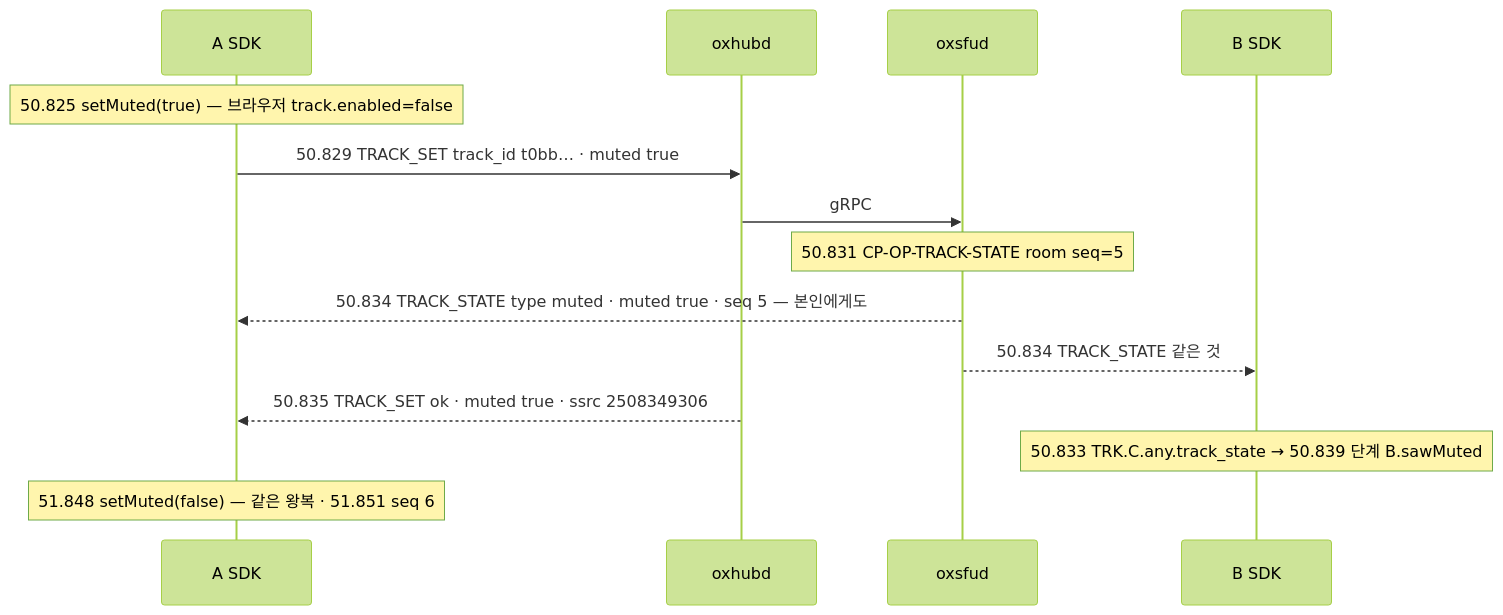
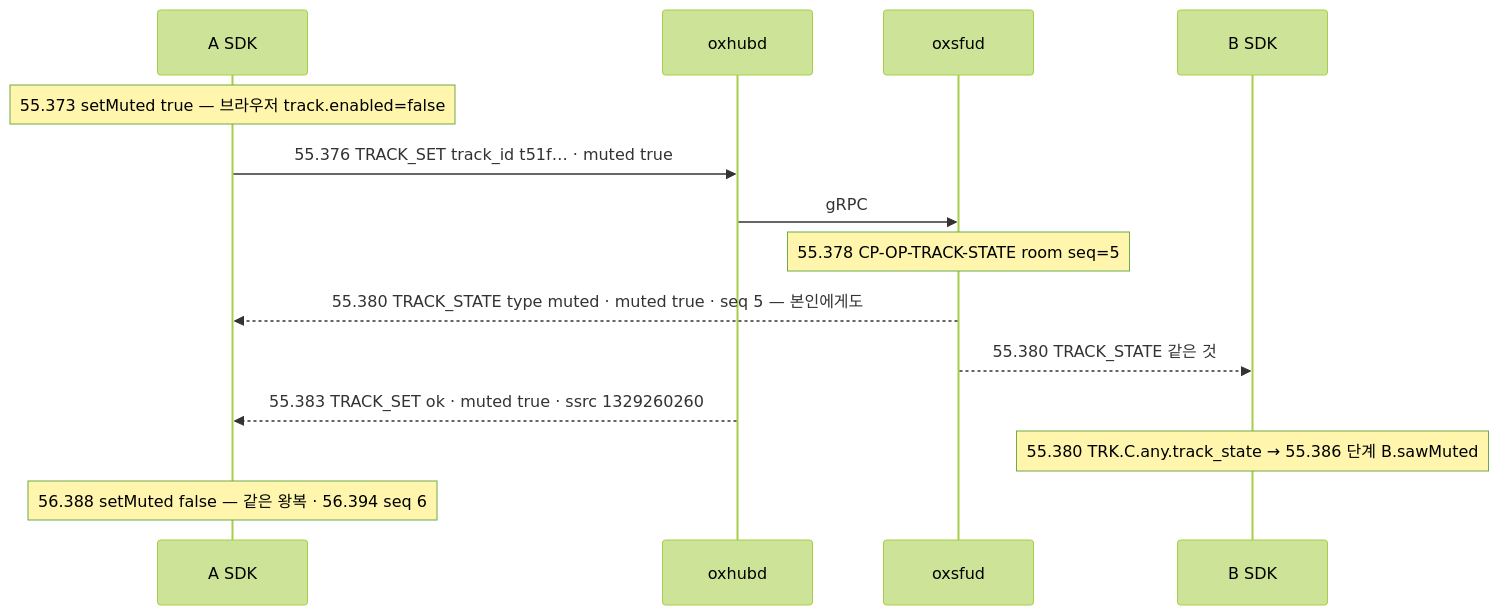
The second of 4 diagrams in docs/learn/06_TRACK_ATTRS.md (kodeholic9/oxlens-sfu), drawn with Mermaid (forest theme) before and after one commit. The commit also changed other lines of this file and 19 other files, not shown here.

````diff
--- a/docs/learn/06_TRACK_ATTRS.md
+++ b/docs/learn/06_TRACK_ATTRS.md
@@ -43,16 +43,16 @@
 ```mermaid
 sequenceDiagram
   participant A as A SDK
   participant H as oxhubd
   participant S as oxsfud
   participant B as B SDK
-  Note over A: 50.825 setMuted(true) — 브라우저 track.enabled=false
-  A->>H: 50.829 TRACK_SET track_id t0bb… · muted true
+  Note over A: 55.373 setMuted true — 브라우저 track.enabled=false
+  A->>H: 55.376 TRACK_SET track_id t51f… · muted true
   H->>S: gRPC
-  Note over S: 50.831 CP-OP-TRACK-STATE room seq=5
-  S-->>A: 50.834 TRACK_STATE type muted · muted true · seq 5 — 본인에게도
-  S-->>B: 50.834 TRACK_STATE 같은 것
-  H-->>A: 50.835 TRACK_SET ok · muted true · ssrc 2508349306
-  Note over B: 50.833 TRK.C.any.track_state → 50.839 단계 B.sawMuted
-  Note over A: 51.848 setMuted(false) — 같은 왕복 · 51.851 seq 6
+  Note over S: 55.378 CP-OP-TRACK-STATE room seq=5
+  S-->>A: 55.380 TRACK_STATE type muted · muted true · seq 5 — 본인에게도
+  S-->>B: 55.380 TRACK_STATE 같은 것
+  H-->>A: 55.383 TRACK_SET ok · muted true · ssrc 1329260260
+  Note over B: 55.380 TRK.C.any.track_state → 55.386 단계 B.sawMuted
+  Note over A: 56.388 setMuted false — 같은 왕복 · 56.394 seq 6
 ```
````
